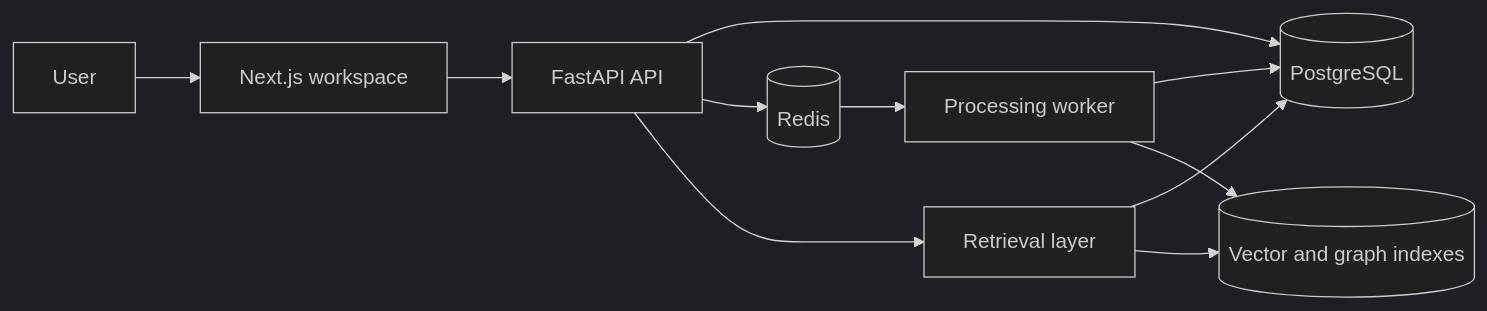
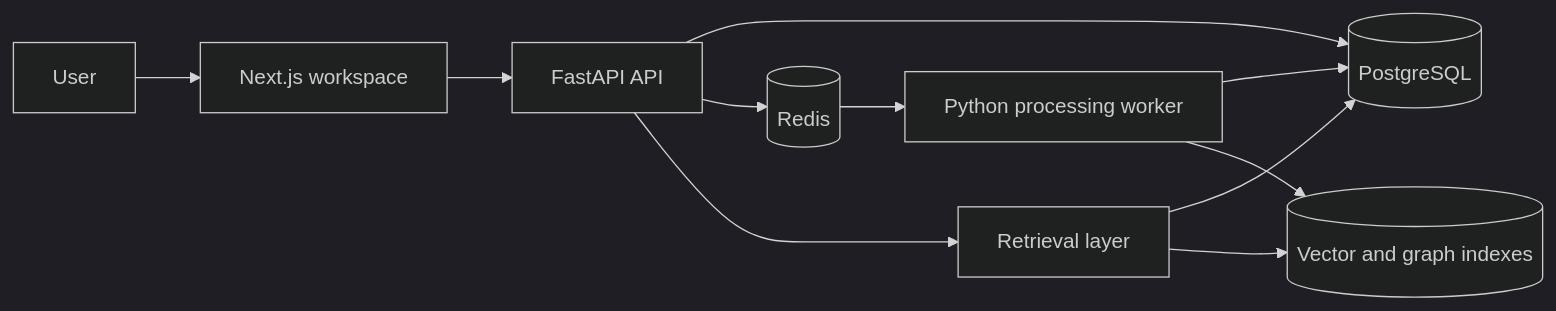
Before and after one commit to pmk915/purelink: the first of 3 diagrams in README.md, drawn with Mermaid (dark theme). The commit also changed other lines of this file and 3 other files, not shown here.

````diff
--- a/README.md
+++ b/README.md
@@ -78,13 +106,13 @@
 ```mermaid
 flowchart LR
     User[User] --> Web[Next.js workspace]
     Web --> API[FastAPI API]
     API --> DB[(PostgreSQL)]
     API --> Redis[(Redis)]
-    Redis --> Worker[Processing worker]
+    Redis --> Worker[Python processing worker]
     Worker --> DB
     API --> Retrieval[Retrieval layer]
     Retrieval --> DB
     Retrieval --> Index[(Vector and graph indexes)]
     Worker --> Index
 ```
````
